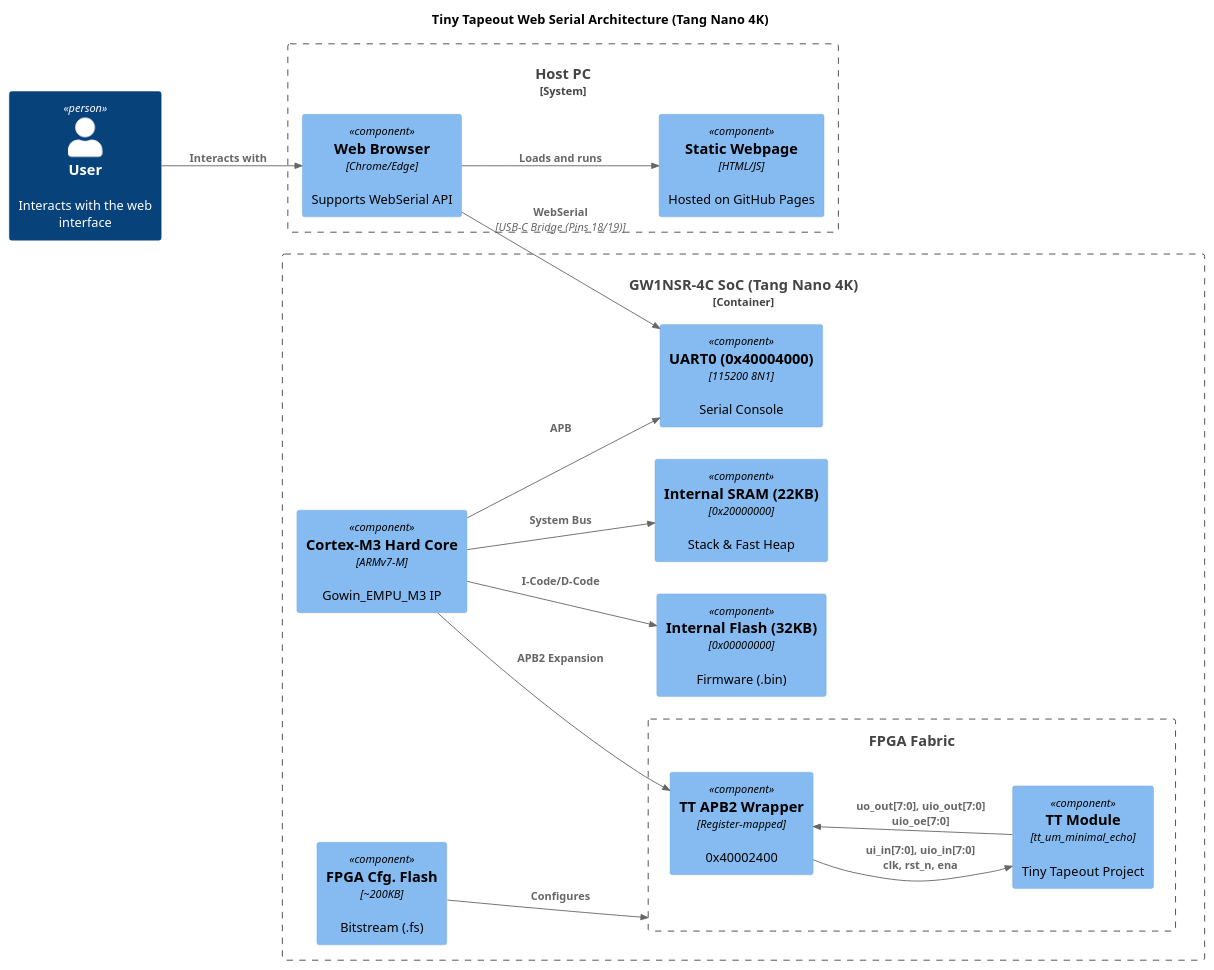
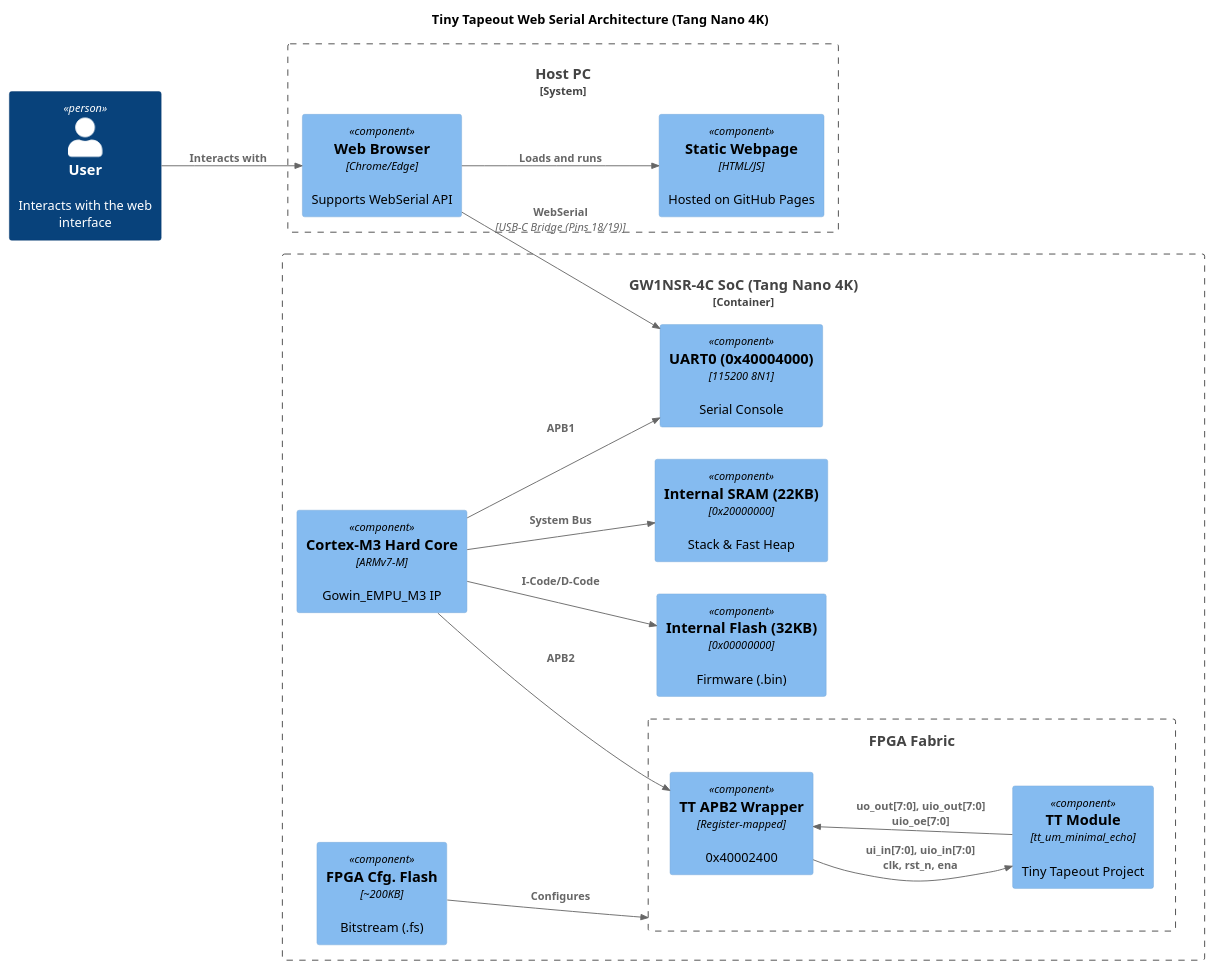
Before and after one commit to chatelao/tiny-tapeout-web-uart-tang-nano: the diagram in architecture.puml, drawn with PlantUML.

Commit message:
Update relationships in architecture diagram

```diff
--- a/architecture.puml
+++ b/architecture.puml
@@ -1,42 +1,42 @@
 @startuml architecture
 !include https://raw.githubusercontent.com/plantuml-stdlib/C4-PlantUML/master/C4_Component.puml
 
 LAYOUT_LEFT_RIGHT()
 
 title Tiny Tapeout Web Serial Architecture (Tang Nano 4K)
 
 Person(user, "User", "Interacts with the web interface")
 
 System_Boundary(host, "Host PC") {
     Component(browser, "Web Browser", "Chrome/Edge", "Supports WebSerial API")
     Component(web_page, "Static Webpage", "HTML/JS", "Hosted on GitHub Pages")
     Rel(browser, web_page, "Loads and runs")
 }
 
 Container_Boundary(soc, "GW1NSR-4C SoC (Tang Nano 4K)") {
     Component(m3, "Cortex-M3 Hard Core", "ARMv7-M", "Gowin_EMPU_M3 IP")
 
     Boundary(fabric, "FPGA Fabric") {
         Component(tt_wrapper, "TT APB2 Wrapper", "Register-mapped", "0x40002400")
         Component(tt_module, "TT Module", "tt_um_minimal_echo", "Tiny Tapeout Project")
 
-        Rel(m3, tt_wrapper, "APB2 Expansion")
         Rel(tt_wrapper, tt_module, "ui_in[7:0], uio_in[7:0]\nclk, rst_n, ena")
         Rel(tt_module, tt_wrapper, "uo_out[7:0], uio_out[7:0]\nuio_oe[7:0]")
     }
 
     Component(int_flash, "Internal Flash (32KB)", "0x00000000", "Firmware (.bin)")
     Component(int_sram, "Internal SRAM (22KB)", "0x20000000", "Stack & Fast Heap")
     Component(uart0, "UART0 (0x40004000)", "115200 8N1", "Serial Console")
     Component(cfg_flash, "FPGA Cfg. Flash", "~200KB", "Bitstream (.fs)")
 
     Rel(m3, int_flash, "I-Code/D-Code")
     Rel(m3, int_sram, "System Bus")
-    Rel(m3, uart0, "APB")
+    Rel(m3, uart0, "APB1")
+    Rel(m3, tt_wrapper, "APB2")
     Rel(cfg_flash, fabric, "Configures")
 }
 
 Rel(user, browser, "Interacts with")
 Rel(browser, uart0, "WebSerial", "USB-C Bridge (Pins 18/19)")
 
 @enduml
```
